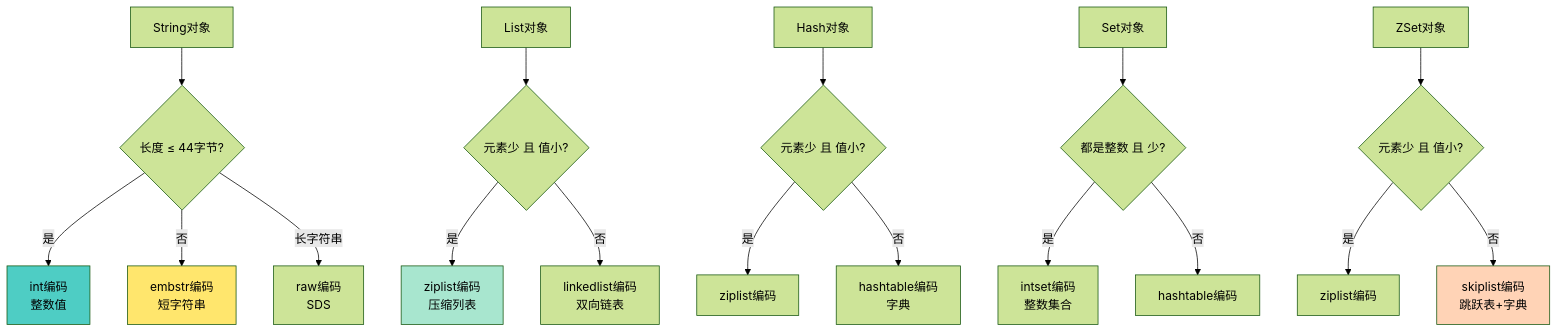
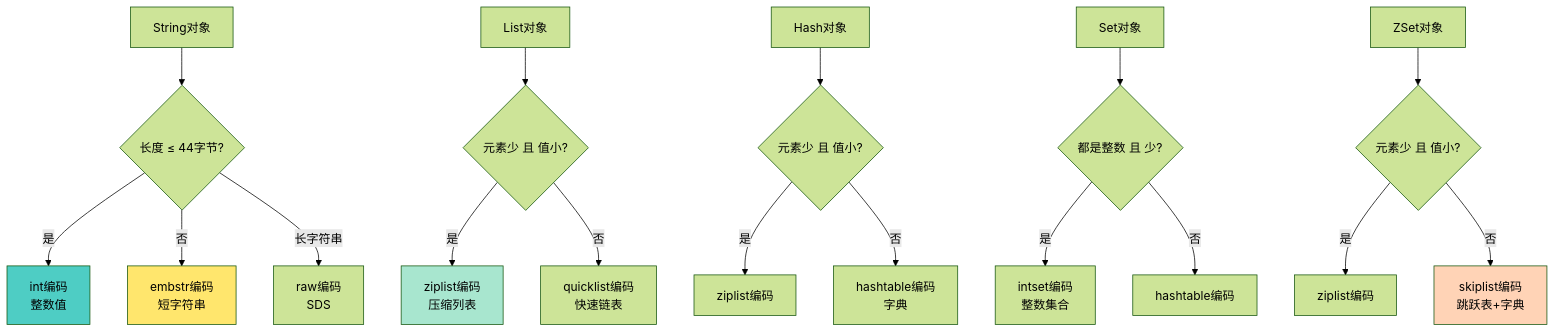
One commit to Yanminghao0/Backend_Tech_Knowledge_Base changed the eighth of 36 diagrams in 知识点汇总/04_缓存/01_Redis核心机制详解.md. Above: the diagram before and after it, drawn with Mermaid (forest theme). The commit also changed other lines of this file and 5 other files, not shown here.

````diff
--- a/知识点汇总/04_缓存/01_Redis核心机制详解.md
+++ b/知识点汇总/04_缓存/01_Redis核心机制详解.md
@@ -382,34 +382,34 @@
 ```mermaid
 graph TB
     String[String对象]
     
     String --> E1{长度 ≤ 44字节?}
     E1 -->|是| int[int编码<br/>整数值]
     E1 -->|否| embstr[embstr编码<br/>短字符串]
     E1 -->|长字符串| raw[raw编码<br/>SDS]
     
     List[List对象]
     List --> E2{元素少 且 值小?}
     E2 -->|是| ziplist[ziplist编码<br/>压缩列表]
-    E2 -->|否| linkedlist[linkedlist编码<br/>双向链表]
+    E2 -->|否| quicklist[quicklist编码<br/>快速链表]
     
     Hash[Hash对象]
     Hash --> E3{元素少 且 值小?}
     E3 -->|是| ziplistH[ziplist编码]
     E3 -->|否| hashtable[hashtable编码<br/>字典]
     
     Set[Set对象]
     Set --> E4{都是整数 且 少?}
     E4 -->|是| intset[intset编码<br/>整数集合]
     E4 -->|否| hashtableS[hashtable编码]
     
     ZSet[ZSet对象]
     ZSet --> E5{元素少 且 值小?}
     E5 -->|是| ziplistZ[ziplist编码]
     E5 -->|否| skiplist[skiplist编码<br/>跳跃表+字典]
     
     style int fill:#4ecdc4
     style embstr fill:#ffe66d
     style ziplist fill:#a8e6cf
     style skiplist fill:#ffd3b6
 ```
````
